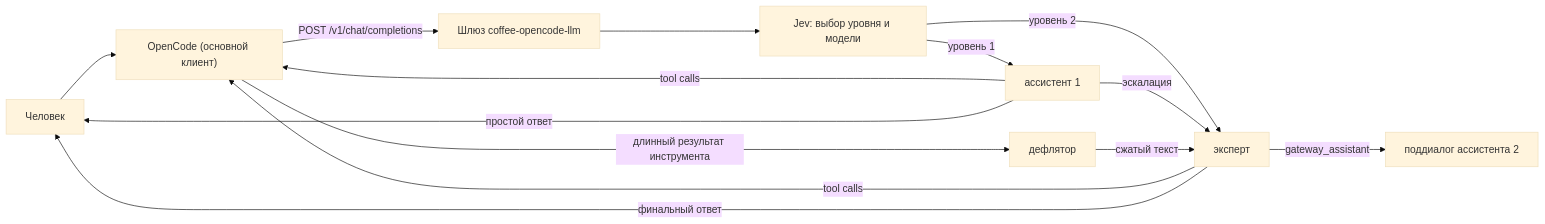
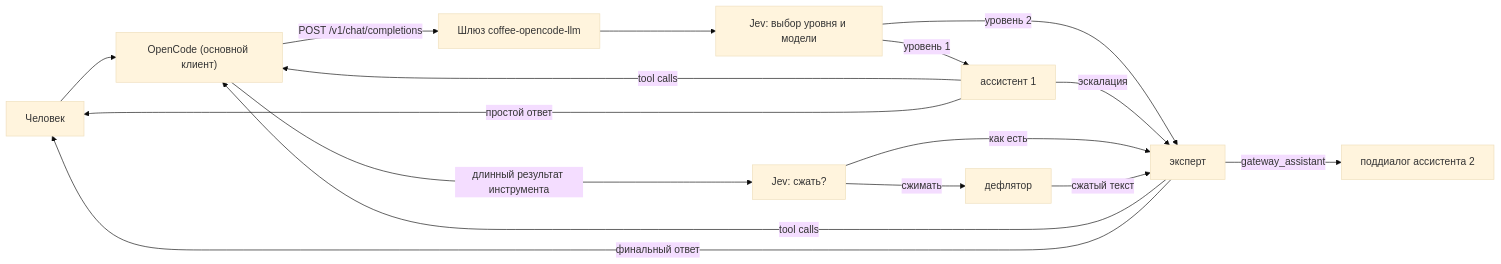
The first of 2 diagrams in README.ru.md (coffeebreak-ai/coffee-opencode-llm), drawn with Mermaid (base theme) before and after one commit. The commit also changed other lines of this file and 4 other files, not shown here.

First line of the commit message:
chore: Jev decides compression in the diagrams, honest settings docs

````diff
--- a/README.ru.md
+++ b/README.ru.md
@@ -22,16 +22,18 @@
 ```mermaid
 flowchart LR
     human["Человек"] --> oc["OpenCode (основной клиент)"]
     oc -->|"POST /v1/chat/completions"| gw["Шлюз coffee-opencode-llm"]
     gw --> decide["Jev: выбор уровня и модели"]
     decide -->|"уровень 1"| asst["ассистент 1"]
     decide -->|"уровень 2"| expert["эксперт"]
     asst -->|"эскалация"| expert
     expert -->|"gateway_assistant"| helper["поддиалог ассистента 2"]
     asst -->|"tool calls"| oc
     expert -->|"tool calls"| oc
-    oc -->|"длинный результат инструмента"| deflator["дефлятор"]
+    oc -->|"длинный результат инструмента"| jevd["Jev: сжать?"]
+    jevd -->|"сжимать"| deflator["дефлятор"]
+    jevd -->|"как есть"| expert
     deflator -->|"сжатый текст"| expert
     asst -->|"простой ответ"| human
     expert -->|"финальный ответ"| human
 ```
````
